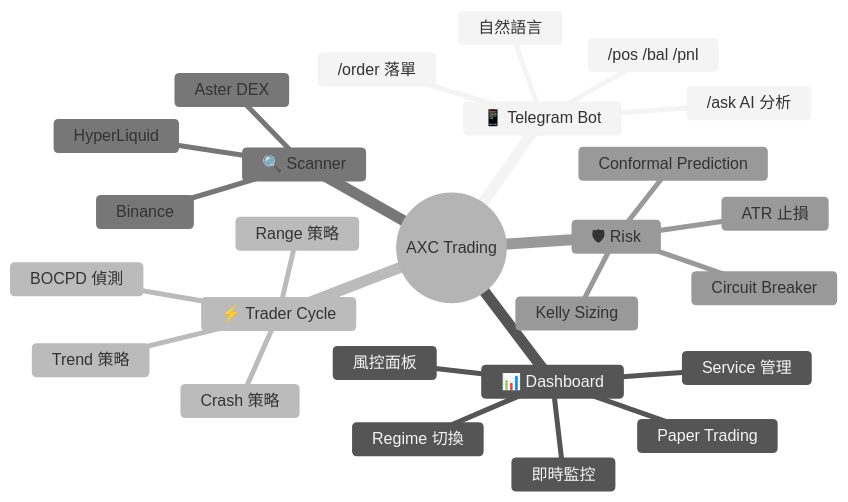
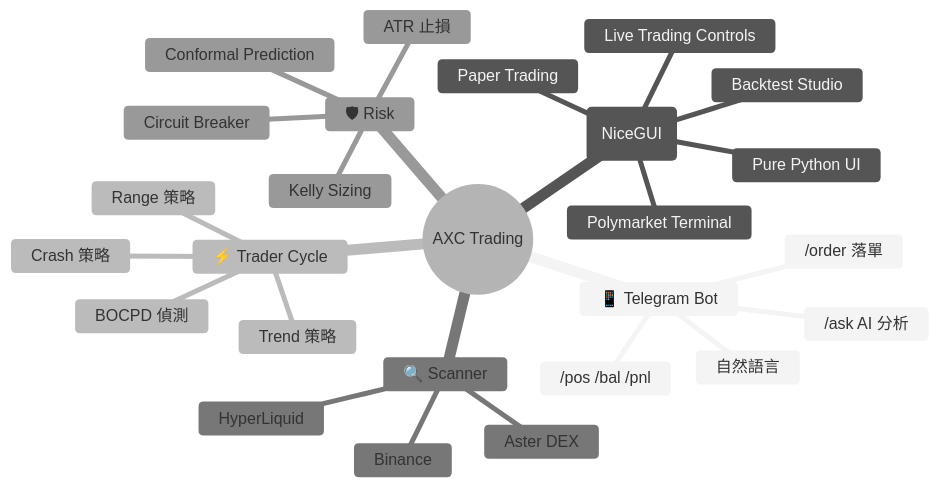
Before and after one commit to Will-852/AXC-TradingBot: the first of 5 diagrams in README.md, drawn with Mermaid (neutral theme). The commit also changed other lines of this file and 1 other file, not shown here.

First line of the commit message:
Update README v3.0 + dashboard guide for NiceGUI edition

````diff
--- a/README.md
+++ b/README.md
@@ -37,29 +37,29 @@
 ```mermaid
 mindmap
   root((AXC Trading))
     📱 Telegram Bot
       /pos /bal /pnl
       /order 落單
       /ask AI 分析
       自然語言
-    📊 Dashboard
-      即時監控
-      風控面板
+    📊 Dashboard (NiceGUI)
+      Pure Python UI
+      Live Trading Controls
+      Backtest Studio
+      Polymarket Terminal
       Paper Trading
-      Regime 切換
-      Service 管理
     ⚡ Trader Cycle
       Range 策略
       Trend 策略
       Crash 策略
       BOCPD 偵測
     🔍 Scanner
       Aster DEX
       Binance
       HyperLiquid
     🛡 Risk
       ATR 止損
       Conformal Prediction
       Circuit Breaker
       Kelly Sizing
 ```
````
